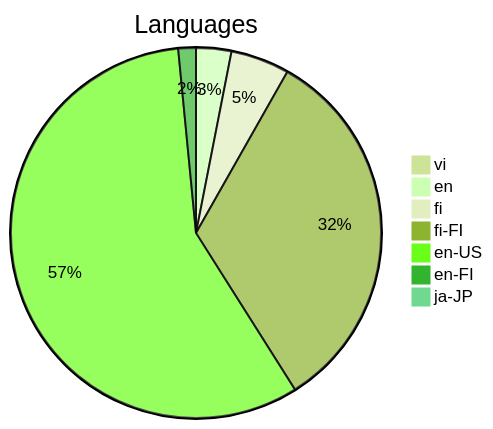
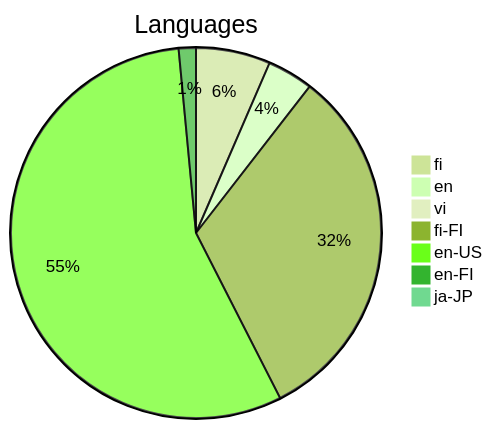
Before and after one commit to Krugou/socials: the second of 2 diagrams in DATA_REPORT.md, drawn with Mermaid (forest theme). The commit also changed other lines of this file and 2 other files, not shown here.

````diff
--- a/DATA_REPORT.md
+++ b/DATA_REPORT.md
@@ -23,10 +23,10 @@
 ```mermaid
 pie title Languages
+    "fi" : 13
+    "en" : 8
     "vi" : 1
-    "en" : 6
-    "fi" : 10
     "fi-FI" : 64
     "en-US" : 112
     "en-FI" : 3
     "ja-JP" : 1
 ```
````
